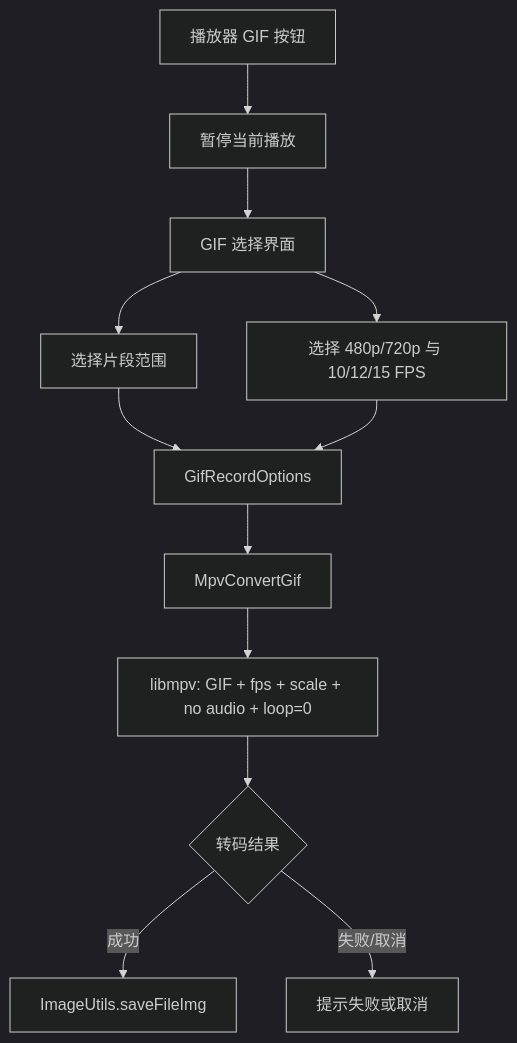
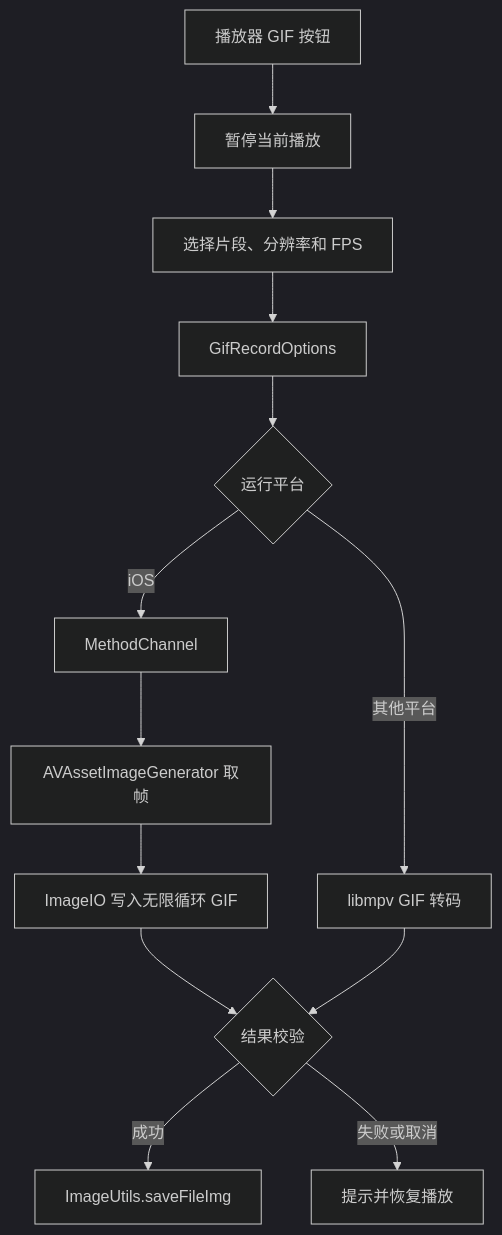
Before and after one commit to sanshanhyo/ExPiliPlus: the diagram in docs/engineering/gif-recording.md, drawn with Mermaid (dark theme). The commit also changed other lines of this file and 22 other files, not shown here.

````diff
--- a/docs/engineering/gif-recording.md
+++ b/docs/engineering/gif-recording.md
@@ -42,14 +44,15 @@
 ```mermaid
 flowchart TD
   A[播放器 GIF 按钮] --> B[暂停当前播放]
-  B --> C[GIF 选择界面]
-  C --> D[选择片段范围]
-  C --> E[选择 480p/720p 与 10/12/15 FPS]
-  D --> F[GifRecordOptions]
-  E --> F
-  F --> G[MpvConvertGif]
-  G --> H[libmpv: GIF + fps + scale + no audio + loop=0]
-  H --> I{转码结果}
-  I -->|成功| J[ImageUtils.saveFileImg]
-  I -->|失败/取消| K[提示失败或取消]
+  B --> C[选择片段、分辨率和 FPS]
+  C --> D[GifRecordOptions]
+  D --> E{运行平台}
+  E -->|iOS| F[MethodChannel]
+  F --> G[AVAssetImageGenerator 取帧]
+  G --> H[ImageIO 写入无限循环 GIF]
+  E -->|其他平台| I[libmpv GIF 转码]
+  H --> J{结果校验}
+  I --> J
+  J -->|成功| K[ImageUtils.saveFileImg]
+  J -->|失败或取消| L[提示并恢复播放]
 ```
````
